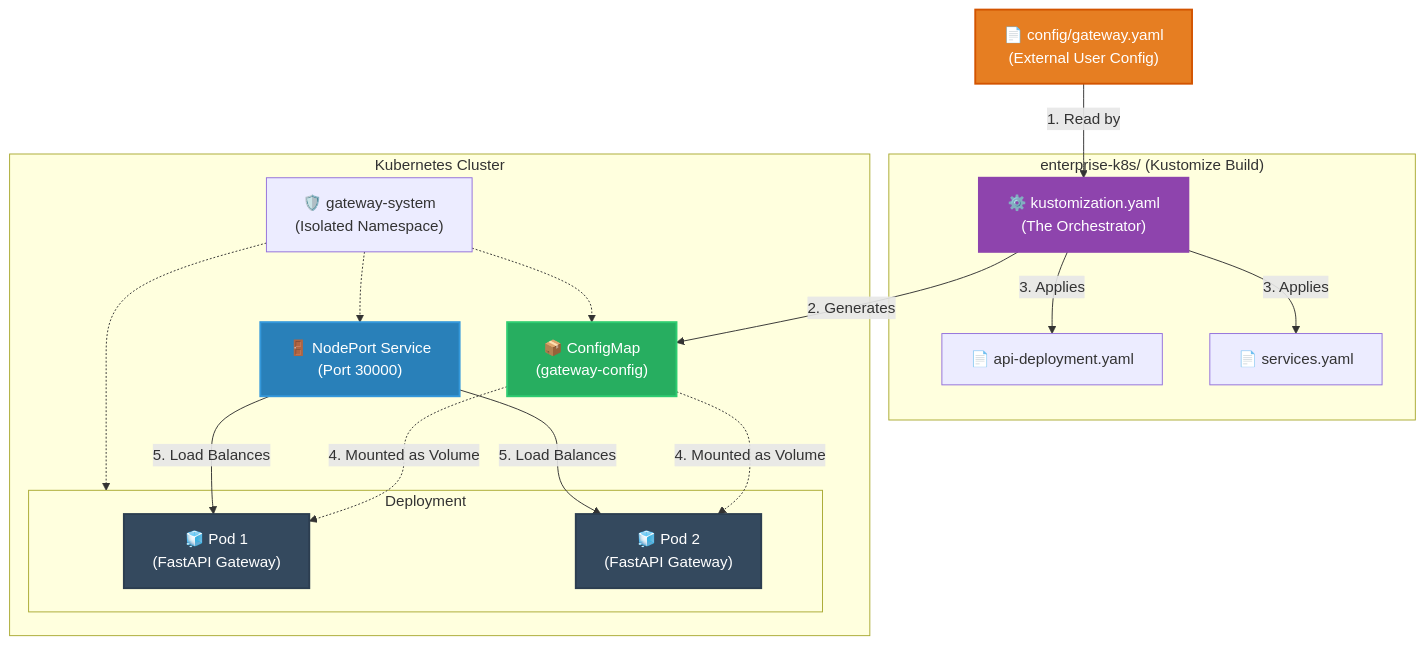
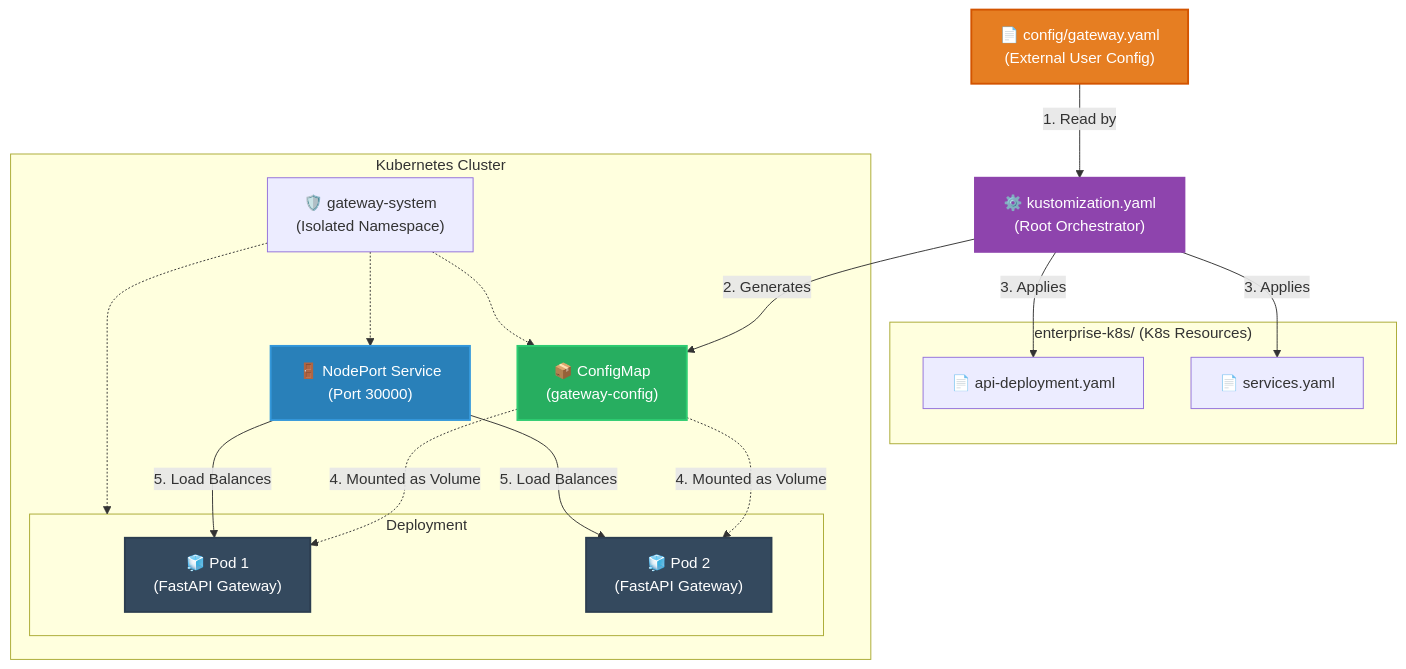
The diagram in enterprise-k8s/README.md (PoisonOakey/universal-api-gateway), drawn with Mermaid before and after one commit. The commit also changed other lines of this file and 3 other files, not shown here.

Commit message:
Fix Kustomize architecture

````diff
--- a/enterprise-k8s/README.md
+++ b/enterprise-k8s/README.md
@@ -13,46 +13,46 @@
 ```mermaid
 graph TD
     %% Files
     GatewayYaml["📄 config/gateway.yaml\n(External User Config)"]
+    Kustomize["⚙️ kustomization.yaml\n(Root Orchestrator)"]
     
-    subgraph "enterprise-k8s/ (Kustomize Build)"
-        Kustomize["⚙️ kustomization.yaml\n(The Orchestrator)"]
+    subgraph "enterprise-k8s/ (K8s Resources)"
         DeployYaml["📄 api-deployment.yaml"]
         SvcYaml["📄 services.yaml"]
     end
     
     subgraph "Kubernetes Cluster"
         Namespace["🛡️ gateway-system\n(Isolated Namespace)"]
         ConfigMap["📦 ConfigMap\n(gateway-config)"]
         Service["🚪 NodePort Service\n(Port 30000)"]
         
         subgraph "Deployment"
             Pod1["🧊 Pod 1\n(FastAPI Gateway)"]
             Pod2["🧊 Pod 2\n(FastAPI Gateway)"]
         end
     end
 
     %% Flow
     GatewayYaml -->|"1. Read by"| Kustomize
     Kustomize -->|"2. Generates"| ConfigMap
     Kustomize -->|"3. Applies"| DeployYaml
     Kustomize -->|"3. Applies"| SvcYaml
     
     ConfigMap -.->|"4. Mounted as Volume"| Pod1
     ConfigMap -.->|"4. Mounted as Volume"| Pod2
     
     Service -->|"5. Load Balances"| Pod1
     Service -->|"5. Load Balances"| Pod2
     
     Namespace -.-> ConfigMap
     Namespace -.-> Service
     Namespace -.-> Deployment
 
     %% Styles
     style GatewayYaml fill:#e67e22,stroke:#d35400,stroke-width:2px,color:#fff
     style Kustomize fill:#8e44ad,stroke:#8e44ad,stroke-width:2px,color:#fff
     style ConfigMap fill:#27ae60,stroke:#2ecc71,stroke-width:2px,color:#fff
     style Service fill:#2980b9,stroke:#3498db,stroke-width:2px,color:#fff
     style Pod1 fill:#34495e,stroke:#2c3e50,stroke-width:2px,color:#fff
     style Pod2 fill:#34495e,stroke:#2c3e50,stroke-width:2px,color:#fff
 ```
````
